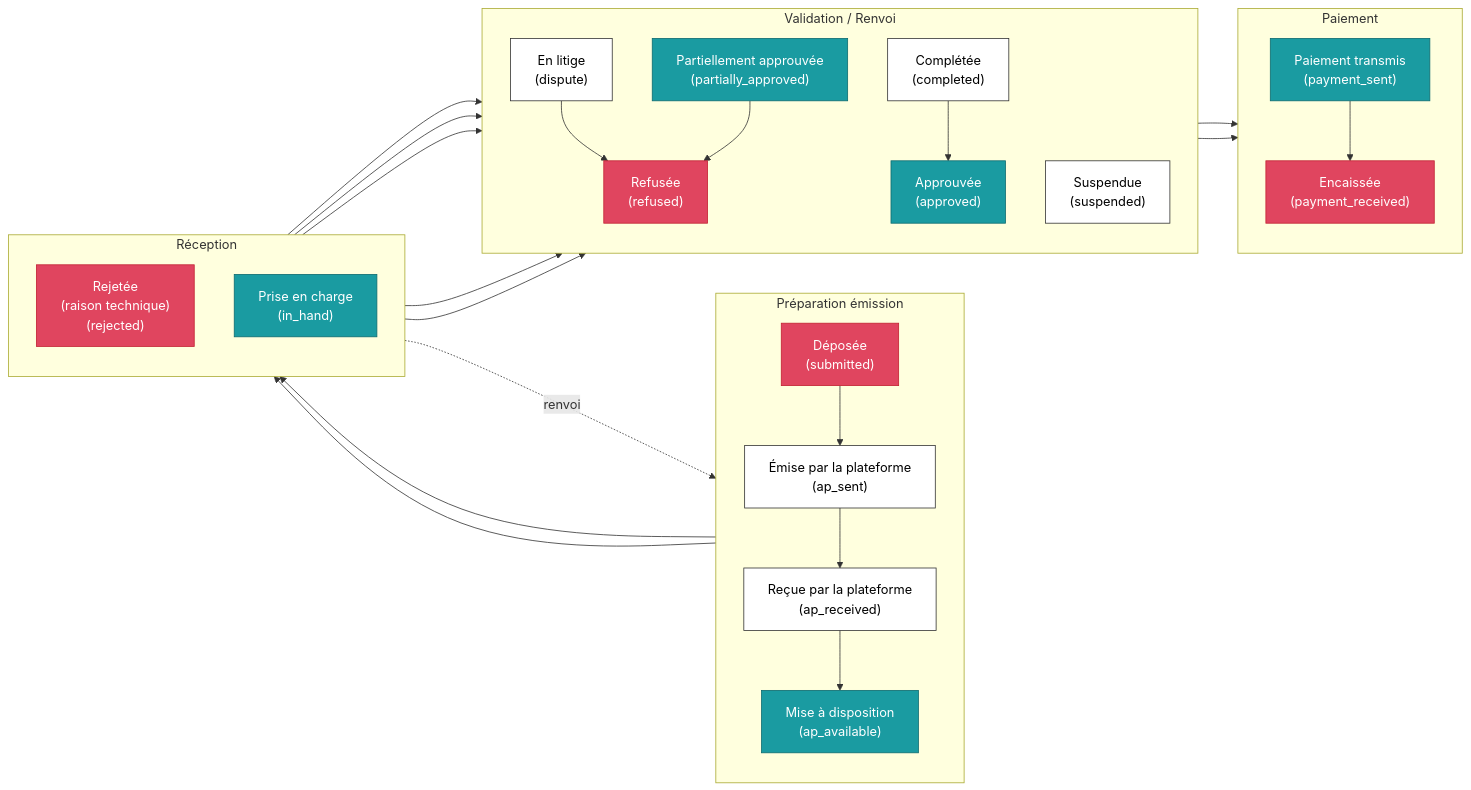
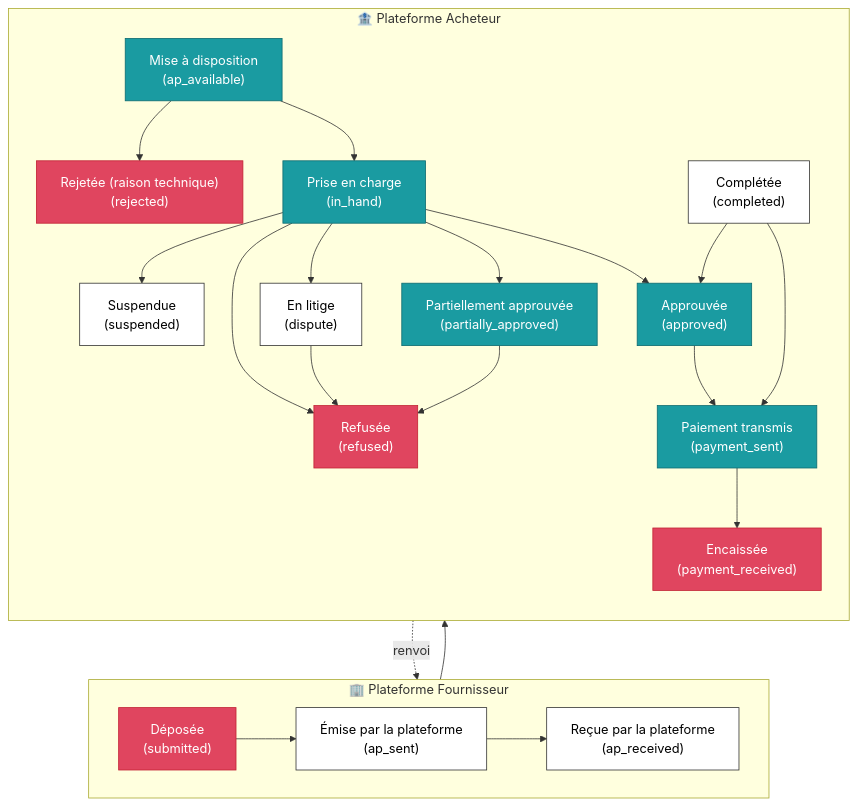
The first of 6 diagrams in spec.md (yuntux/einvoicing_router), drawn with Mermaid before and after one commit.

Commit message:
Restaure la séparation Fournisseur/Acheteur du schéma de cycle de vie
Le diagramme d'intro organisait les statuts uniquement par phase
(colonnes), perdant la séparation horizontale fournisseur/acheteur du
schéma original. Réorganisation en deux blocs empilés ("Plateforme
Fournisseur" / "Plateforme Acheteur"), avec la frontière logique entre
les deux (Reçue par la plateforme -> Mise à disposition) fidèle au
schéma fourni.

Claude-Session: https://claude.ai/code/session_01HknPyrng5AuiN62ThRGDqj

````diff
--- a/spec.md
+++ b/spec.md
@@ -16,59 +16,53 @@
 ```mermaid
-flowchart LR
-    subgraph P1["Préparation émission"]
-        direction TB
+flowchart TD
+    subgraph FOURNISSEUR["🏢 Plateforme Fournisseur"]
+        direction LR
         submitted["Déposée<br/>(submitted)"]
         ap_sent["Émise par la plateforme<br/>(ap_sent)"]
         ap_received["Reçue par la plateforme<br/>(ap_received)"]
-        ap_available["Mise à disposition<br/>(ap_available)"]
+        submitted --> ap_sent --> ap_received
     end
 
-    subgraph P2["Réception"]
+    subgraph ACHETEUR["🏦 Plateforme Acheteur"]
         direction TB
-        rejected["Rejetée<br/>(raison technique)<br/>(rejected)"]
+        ap_available["Mise à disposition<br/>(ap_available)"]
+        rejected["Rejetée (raison technique)<br/>(rejected)"]
         in_hand["Prise en charge<br/>(in_hand)"]
-    end
-
-    subgraph P3["Validation / Renvoi"]
-        direction TB
         completed["Complétée<br/>(completed)"]
         suspended["Suspendue<br/>(suspended)"]
         dispute["En litige<br/>(dispute)"]
         approved["Approuvée<br/>(approved)"]
         partially_approved["Partiellement approuvée<br/>(partially_approved)"]
         refused["Refusée<br/>(refused)"]
+        payment_sent["Paiement transmis<br/>(payment_sent)"]
+        payment_received["Encaissée<br/>(payment_received)"]
+
+        ap_available --> rejected
+        ap_available --> in_hand
+
+        in_hand --> suspended
+        in_hand --> dispute
+        in_hand --> approved
+        in_hand --> partially_approved
+        in_hand --> refused
+
+        dispute --> refused
+        partially_approved --> refused
+
+        completed --> approved
+        approved --> payment_sent
+        completed --> payment_sent
+        payment_sent --> payment_received
     end
 
-    subgraph P4["Paiement"]
-        direction TB
-        payment_sent["Paiement transmis<br/>(payment_sent)"]
-        payment_received["Encaissée<br/>(payment_received)"]
-    end
-
-    submitted --> ap_sent --> ap_received --> ap_available
-    ap_available --> rejected
+    ap_received --> ap_available
     rejected -.->|renvoi| submitted
-    ap_available --> in_hand
-
-    in_hand --> suspended
-    in_hand --> dispute
-    in_hand --> approved
-    in_hand --> partially_approved
-    in_hand --> refused
-
-    dispute --> refused
-    partially_approved --> refused
-
-    completed --> approved
-    approved --> payment_sent
-    completed --> payment_sent
-    payment_sent --> payment_received
 
     classDef obligatoire fill:#e0455f,stroke:#c22233,color:#ffffff
     classDef recommande fill:#1a9ba1,stroke:#0e6b70,color:#ffffff
     classDef autre fill:#ffffff,stroke:#333333,color:#000000
 
     class submitted,rejected,refused,payment_received obligatoire
     class ap_available,in_hand,approved,partially_approved,payment_sent recommande
     class ap_sent,ap_received,completed,suspended,dispute autre
 ```
````
